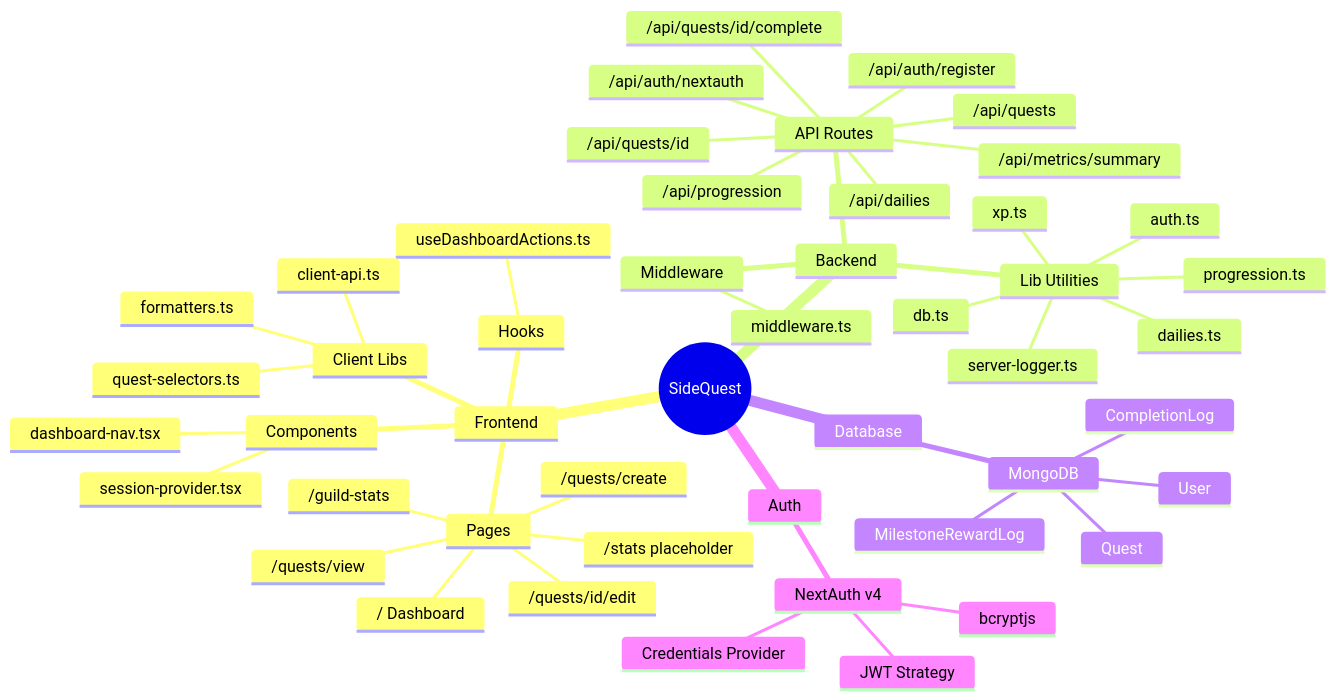
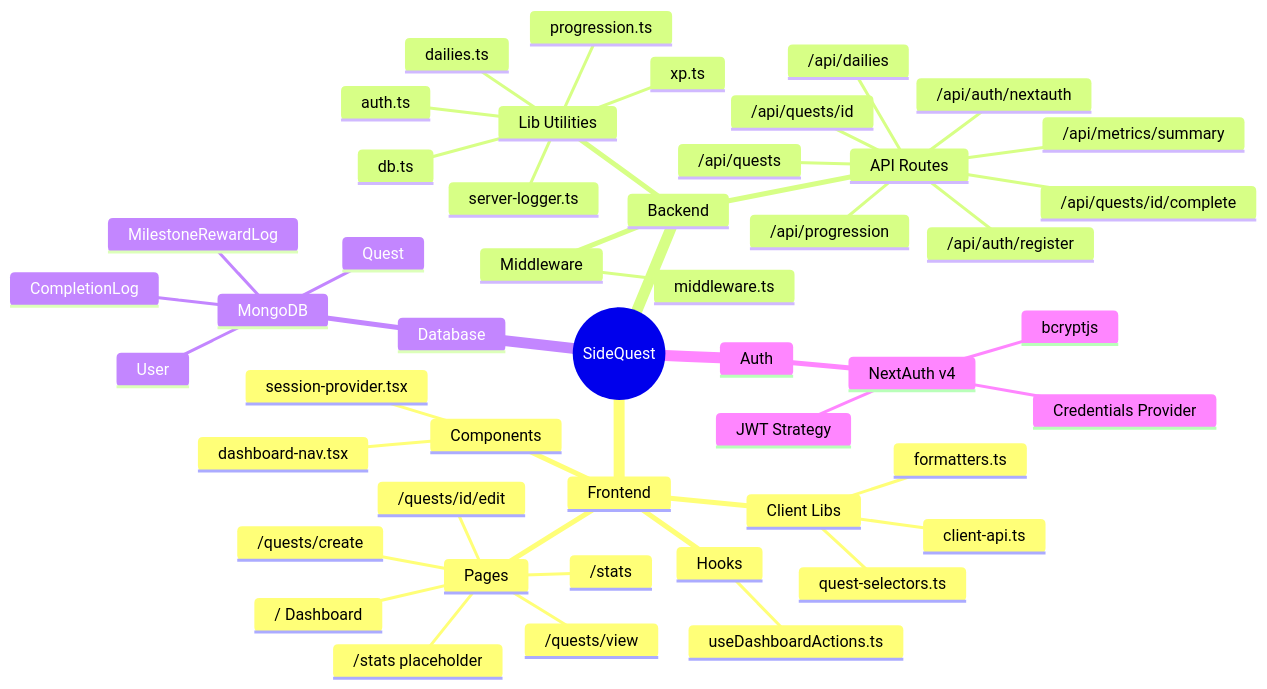
Before and after one commit to avangardewashere/sidequest: the first of 10 diagrams in documentation/architecture-mindmap.md, drawn with Mermaid. The commit also changed other lines of this file and 13 other files, not shown here.

````diff
--- a/documentation/architecture-mindmap.md
+++ b/documentation/architecture-mindmap.md
@@ -9,51 +9,51 @@
 ```mermaid
 mindmap
   root((SideQuest))
     Frontend
       Pages
         / Dashboard
         /quests/create
         /quests/view
         /quests/id/edit
-        /guild-stats
+        /stats
         /stats placeholder
       Components
         dashboard-nav.tsx
         session-provider.tsx
       Hooks
         useDashboardActions.ts
       Client Libs
         client-api.ts
         formatters.ts
         quest-selectors.ts
     Backend
       API Routes
         /api/auth/register
         /api/auth/nextauth
         /api/quests
         /api/quests/id
         /api/quests/id/complete
         /api/dailies
         /api/progression
         /api/metrics/summary
       Lib Utilities
         xp.ts
         progression.ts
         dailies.ts
         auth.ts
         db.ts
         server-logger.ts
       Middleware
         middleware.ts
     Database
       MongoDB
         User
         Quest
         CompletionLog
         MilestoneRewardLog
     Auth
       NextAuth v4
         JWT Strategy
         Credentials Provider
         bcryptjs
 ```
````
